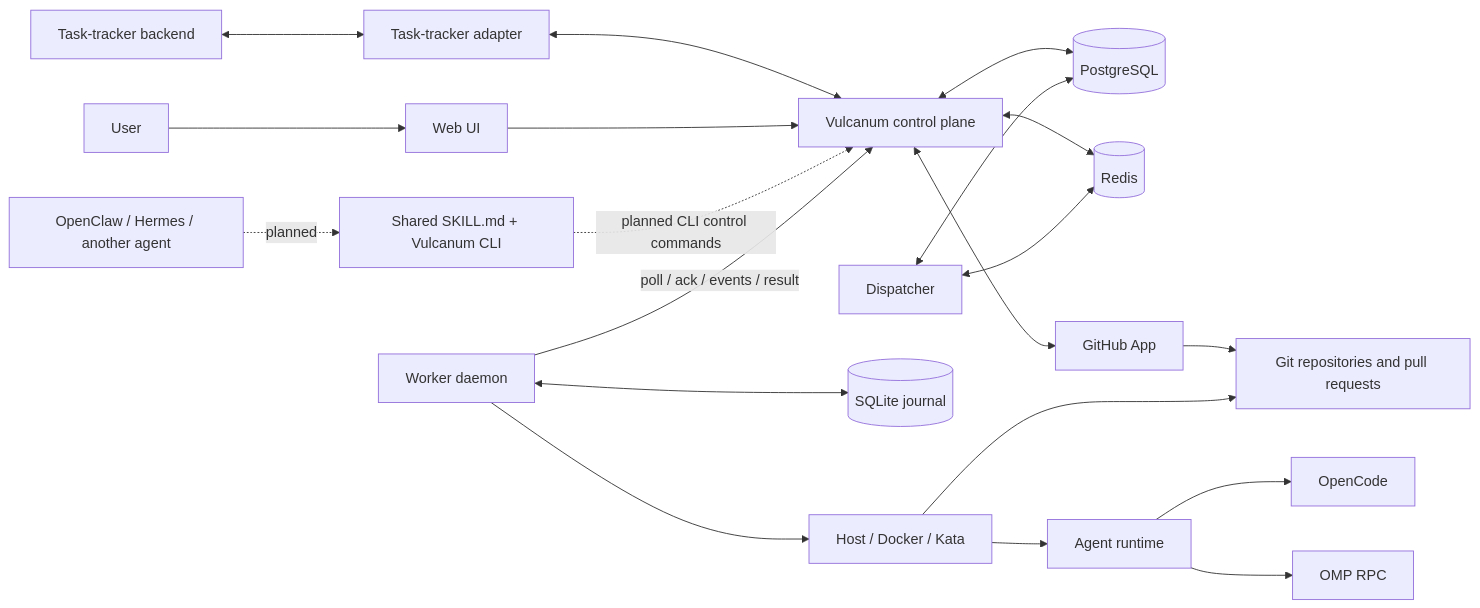
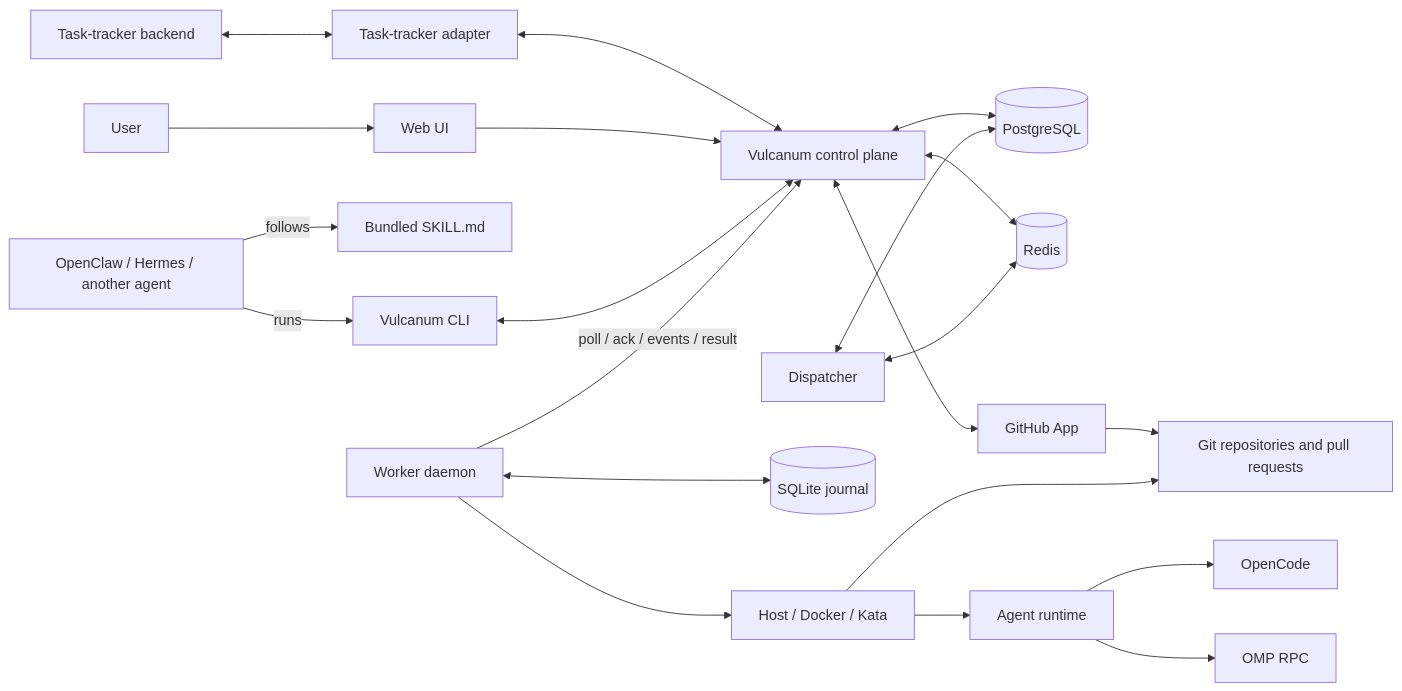
The diagram in README.md (EzyGang/vulcanum), drawn with Mermaid before and after one commit. The commit also changed other lines of this file and 2 other files, not shown here.

Commit message:
✨ feat(readme): document agent skills and list shipped CLI commands

````diff
--- a/README.md
+++ b/README.md
@@ -287,27 +285,28 @@
 ```mermaid
 flowchart LR
   tracker[Task-tracker backend] <--> tracker_adapter[Task-tracker adapter]
   tracker_adapter <--> server[Vulcanum control plane]
 
   user[User] --> ui[Web UI]
   ui --> server
 
-  harness[OpenClaw / Hermes / another agent] -. planned .-> skill[Shared SKILL.md + Vulcanum CLI]
-  skill -. planned CLI control commands .-> server
+  harness[OpenClaw / Hermes / another agent] -->|follows| skill[Bundled SKILL.md]
+  harness -->|runs| cli[Vulcanum CLI]
+  cli <--> server
 
   server <--> postgres[(PostgreSQL)]
   server <--> redis[(Redis)]
   dispatcher[Dispatcher] <--> postgres
   dispatcher <--> redis
 
   worker[Worker daemon] -->|poll / ack / events / result| server
   worker <--> journal[(SQLite journal)]
   worker --> isolation[Host / Docker / Kata]
   isolation --> runtime[Agent runtime]
   runtime --> opencode[OpenCode]
   runtime --> omp[OMP RPC]
 
   server <--> github[GitHub App]
   github --> repos[Git repositories and pull requests]
   isolation --> repos
 ```
````
